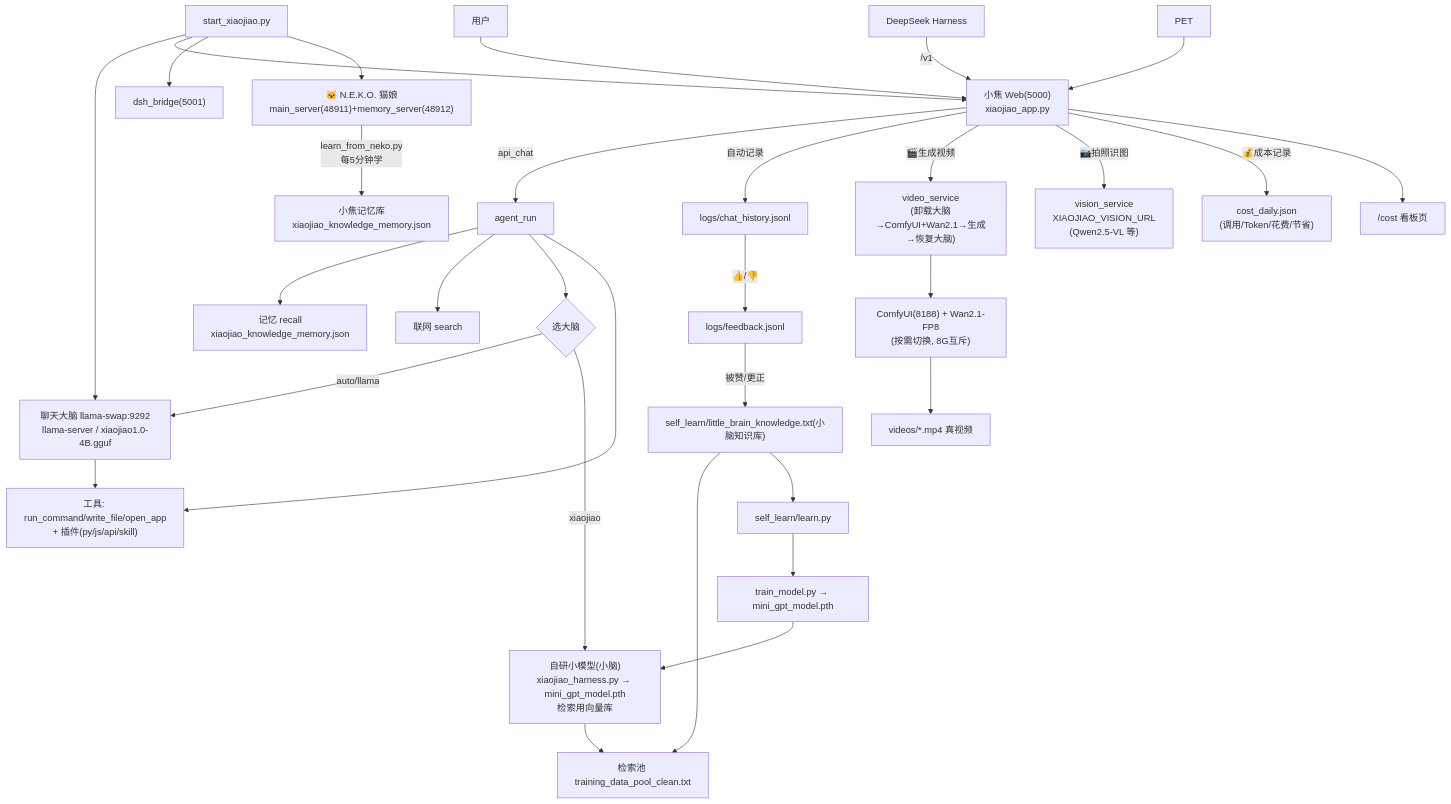
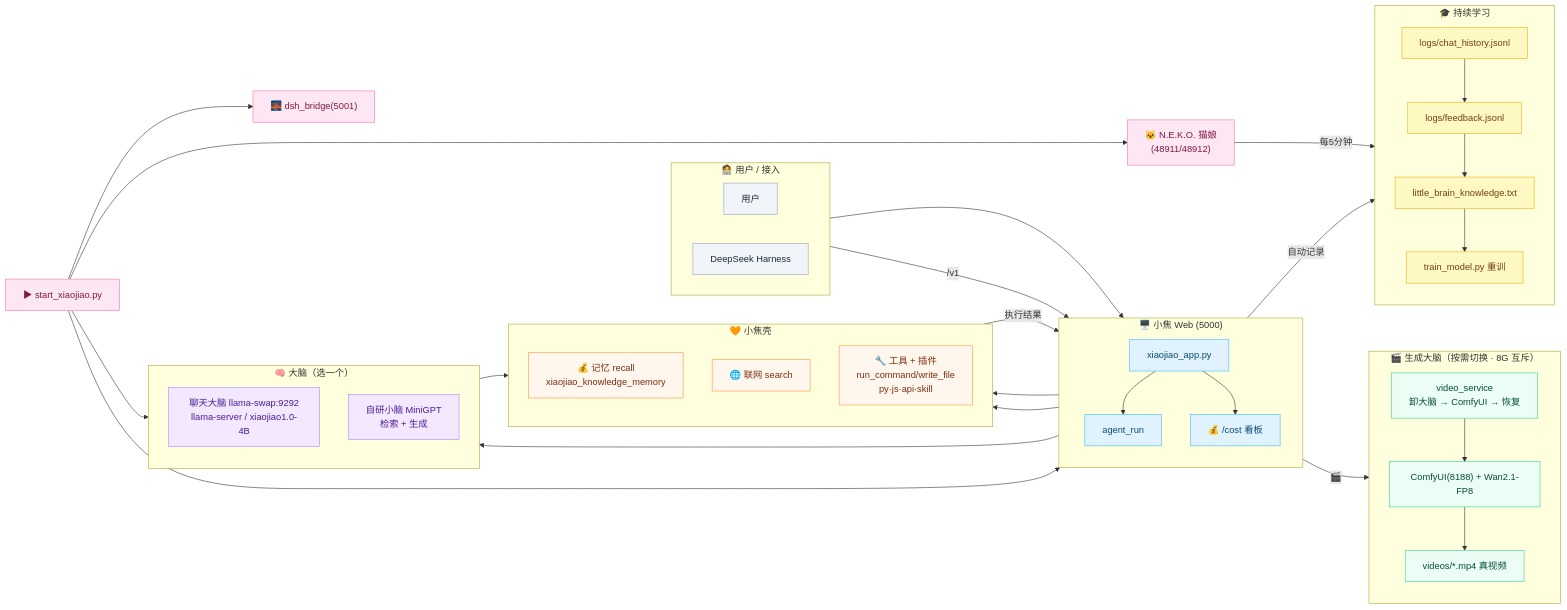
Before and after one commit to jiangchuangege/xiaojiao-harness: the fifth of 7 diagrams in README.md, drawn with Mermaid. The commit also changed other lines of this file and 1 other file, not shown here.

First line of the commit message:
docs: redesign all mermaid diagrams (layered, color-coded, cleaner)

````diff
--- a/README.md
+++ b/README.md
@@ -513,33 +570,78 @@
 ```mermaid
-flowchart TD
-    U["用户"] --> W["小焦 Web(5000)<br/>xiaojiao_app.py"]
-    DSH["DeepSeek Harness"] -->|/v1| W
-    W -->|api_chat| A["agent_run"]
-    A --> M["记忆 recall<br/>xiaojiao_knowledge_memory.json"]
-    A --> S["联网 search"]
-    A --> C{"选大脑"}
-    C -->|auto/llama| BIG["聊天大脑 llama-swap:9292<br/>llama-server / xiaojiao1.0-4B.gguf"]
-    C -->|xiaojiao| SMALL["自研小模型(小脑)<br/>xiaojiao_harness.py → mini_gpt_model.pth<br/>检索用向量库"]
-    BIG --> TOOLS["工具: run_command/write_file/open_app<br/>+ 插件(py/js/api/skill)"]
-    A --> TOOLS
-    SMALL --> RET["检索池 training_data_pool_clean.txt"]
-    W -->|自动记录| LOG["logs/chat_history.jsonl"]
-    LOG -->|👍/👎| FB["logs/feedback.jsonl"]
-    FB -->|被赞/更正| KNOW["self_learn/little_brain_knowledge.txt(小脑知识库)"]
-    KNOW --> RET
-    KNOW --> T2["self_learn/learn.py"]
-    T2 --> TRAIN["train_model.py → mini_gpt_model.pth"]
-    TRAIN --> SMALL
-    ST["start_xiaojiao.py"] --> BIG
-    ST --> W
-    ST --> BR["dsh_bridge(5001)"]
-    ST --> NEKO["🐱 N.E.K.O. 猫娘<br/>main_server(48911)+memory_server(48912)"]
-    NEKO -->|learn_from_neko.py<br/>每5分钟学| MEM["小焦记忆库<br/>xiaojiao_knowledge_memory.json"]
-    W -->|🎬生成视频| VID["video_service<br/>(卸载大脑→ComfyUI+Wan2.1→生成→恢复大脑)"]
-    VID --> COMFY["ComfyUI(8188) + Wan2.1-FP8<br/>(按需切换, 8G互斥)"]
-    COMFY --> OUTV["videos/*.mp4 真视频"]
-    W -->|📷拍照识图| VIS["vision_service<br/>XIAOJIAO_VISION_URL<br/>(Qwen2.5-VL 等)"]
-    PET --> W
-    W -->|💰成本记录| COST["cost_daily.json<br/>(调用/Token/花费/节省)"]
-    W --> COST_PAGE["/cost 看板页"]
+flowchart LR
+    subgraph INPUT["🧑‍💻 用户 / 接入"]
+        direction LR
+        U["用户"]
+        DSH["DeepSeek Harness"]
+    end
+
+    subgraph WEB["🖥️ 小焦 Web (5000)"]
+        direction TB
+        W["xiaojiao_app.py"]
+        A["agent_run"]
+        COST_PAGE["💰 /cost 看板"]
+    end
+
+    subgraph AGENT["🧡 小焦壳"]
+        direction TB
+        M["💰 记忆 recall<br/>xiaojiao_knowledge_memory"]
+        S["🌐 联网 search"]
+        TOOLS["🔧 工具 + 插件<br/>run_command/write_file<br/>py·js·api·skill"]
+    end
+
+    subgraph BRAIN["🧠 大脑（选一个）"]
+        direction TB
+        BIG["聊天大脑 llama-swap:9292<br/>llama-server / xiaojiao1.0-4B"]
+        SMALL["自研小脑 MiniGPT<br/>检索 + 生成"]
+    end
+
+    subgraph GEN["🎬 生成大脑（按需切换 · 8G 互斥）"]
+        direction TB
+        VID["video_service<br/>卸大脑 → ComfyUI → 恢复"]
+        COMFY["ComfyUI(8188) + Wan2.1-FP8"]
+        OUTV["videos/*.mp4 真视频"]
+    end
+
+    subgraph LEARN["🎓 持续学习"]
+        direction TB
+        LOG["logs/chat_history.jsonl"]
+        FB["logs/feedback.jsonl"]
+        KNOW["little_brain_knowledge.txt"]
+        TRAIN["train_model.py 重训"]
+    end
+
+    NEKO["🐱 N.E.K.O. 猫娘<br/>(48911/48912)"]
+    ST["▶ start_xiaojiao.py"]
+    BR["🌉 dsh_bridge(5001)"]
+
+    U --> W
+    DSH -->|/v1| W
+    W --> A
+    A --> M & S
+    A --> BRAIN
+    BRAIN --> TOOLS
+    TOOLS -->|执行结果| A
+    W -->|🎬| VID
+    VID --> COMFY --> OUTV
+    W -->|自动记录| LOG
+    LOG --> FB --> KNOW --> TRAIN
+    ST --> W & BIG & BR
+    ST --> NEKO
+    NEKO -->|每5分钟| KNOW
+    W --> COST_PAGE
+
+    classDef in fill:#f1f5f9,stroke:#94a3b8,color:#1e293b;
+    classDef web fill:#e0f2fe,stroke:#38bdf8,color:#0c4a6e;
+    classDef ag fill:#fff7ed,stroke:#fb923c,color:#7c2d12;
+    classDef br fill:#f3e8ff,stroke:#a78bfa,color:#4c1d95;
+    classDef gen fill:#ecfdf5,stroke:#34d399,color:#064e3b;
+    classDef lrn fill:#fef9c3,stroke:#eab308,color:#713f12;
+    classDef neko fill:#fce7f3,stroke:#f472b6,color:#831843;
+    class U,DSH in;
+    class W,A,COST_PAGE web;
+    class M,S,TOOLS ag;
+    class BIG,SMALL br;
+    class VID,COMFY,OUTV gen;
+    class LOG,FB,KNOW,TRAIN lrn;
+    class NEKO,ST,BR neko;
 ```
````
